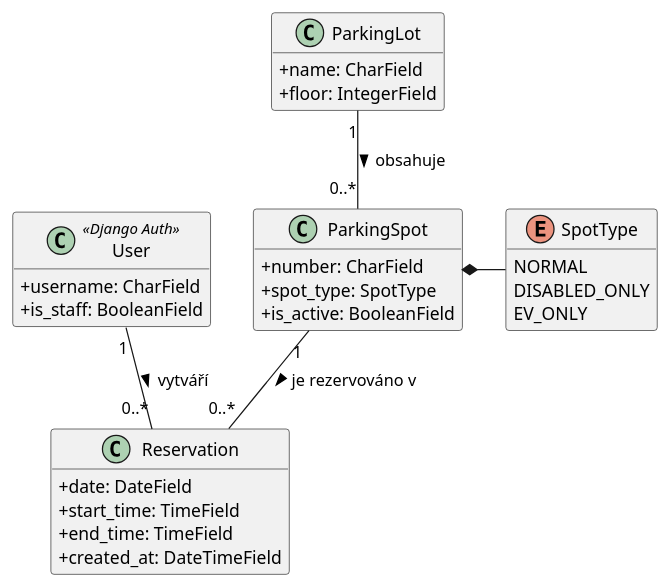
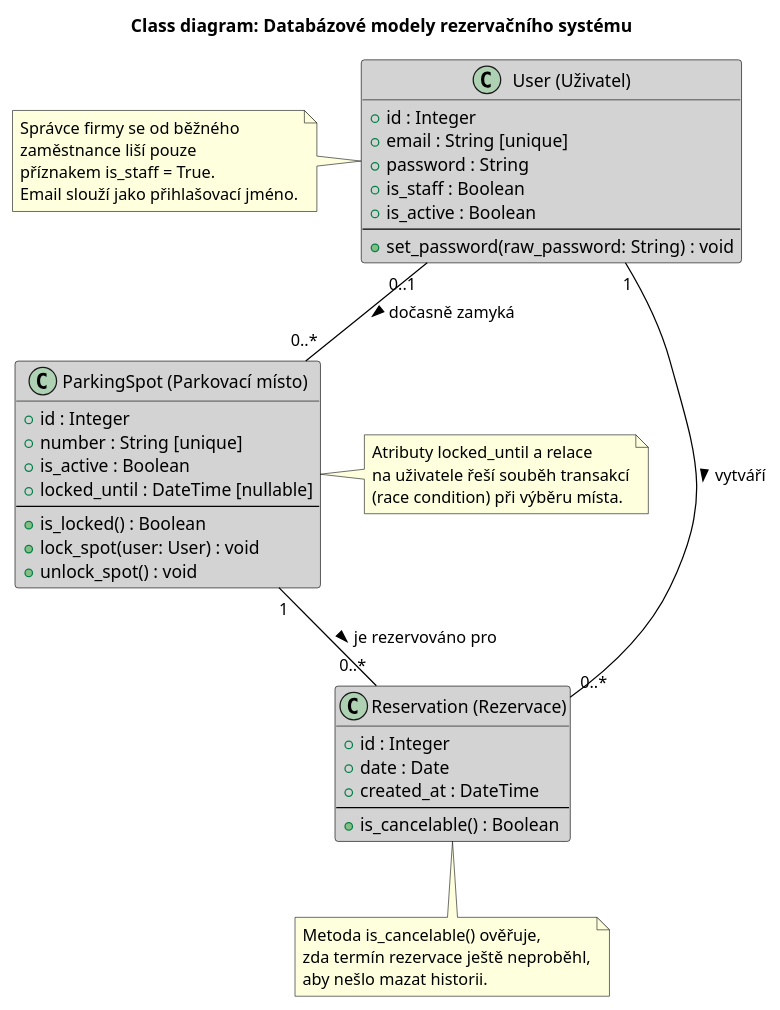
Before and after one commit to AidenCze/SWI-Project: the diagram in docs/diagramy/class.puml, drawn with PlantUML. The commit also changed 2 other files, not shown here.

```diff
--- a/docs/diagramy/class.puml
+++ b/docs/diagramy/class.puml
@@ -1,40 +1,67 @@
 @startuml
-skinparam classAttributeIconSize 0
-hide methods
+title Class diagram: Databázové modely rezervačního systému
 
-enum SpotType {
-    NORMAL
-    DISABLED_ONLY
-    EV_ONLY
+skinparam class {
+    BackgroundColor LightGray
+    ArrowColor Black
+    BorderColor Black
 }
 
-class User <<Django Auth>> {
-    + username: CharField
-    + is_staff: BooleanField
+' Skrytí prázdných částí pro větší přehlednost
+hide empty methods
+
+class "User (Uživatel)" as User {
+    + id : Integer
+    + email : String [unique]
+    + password : String
+    + is_staff : Boolean
+    + is_active : Boolean
+    ---
+    + set_password(raw_password: String) : void
 }
 
-class ParkingLot {
-    + name: CharField
-    + floor: IntegerField
+class "ParkingSpot (Parkovací místo)" as Spot {
+    + id : Integer
+    + number : String [unique]
+    + is_active : Boolean
+    + locked_until : DateTime [nullable]
+    ---
+    + is_locked() : Boolean
+    + lock_spot(user: User) : void
+    + unlock_spot() : void
 }
 
-class ParkingSpot {
-    + number: CharField
-    + spot_type: SpotType
-    + is_active: BooleanField
+class "Reservation (Rezervace)" as Res {
+    + id : Integer
+    + date : Date
+    + created_at : DateTime
+    ---
+    + is_cancelable() : Boolean
 }
 
-class Reservation {
-    + date: DateField
-    + start_time: TimeField
-    + end_time: TimeField
-    + created_at: DateTimeField
-}
+' Relace (vztahy) mezi modely
+User "1" -- "0..*" Res : "vytváří >"
+Spot "1" -- "0..*" Res : "je rezervováno pro >"
+User "0..1" -- "0..*" Spot : "dočasně zamyká >"
 
-' Relace a kardinalita
-ParkingLot "1" -- "0..*" ParkingSpot : obsahuje >
-ParkingSpot "1" -- "0..*" Reservation : je rezervováno v >
-User "1" -- "0..*" Reservation : vytváří >
-SpotType -left-* ParkingSpot
+' Vysvětlující poznámky pro vyučujícího
+note left of User
+  Správce firmy se od běžného
+  zaměstnance liší pouze
+  příznakem is_staff = True.
+  Email slouží jako přihlašovací jméno.
+end note
+
+note right of Spot
+  Atributy locked_until a relace
+  na uživatele řeší souběh transakcí
+  (race condition) při výběru místa.
+end note
+
+note bottom of Res
+  Metoda is_cancelable() ověřuje,
+  zda termín rezervace ještě neproběhl,
+  aby nešlo mazat historii.
+end note
 
 @enduml
```
